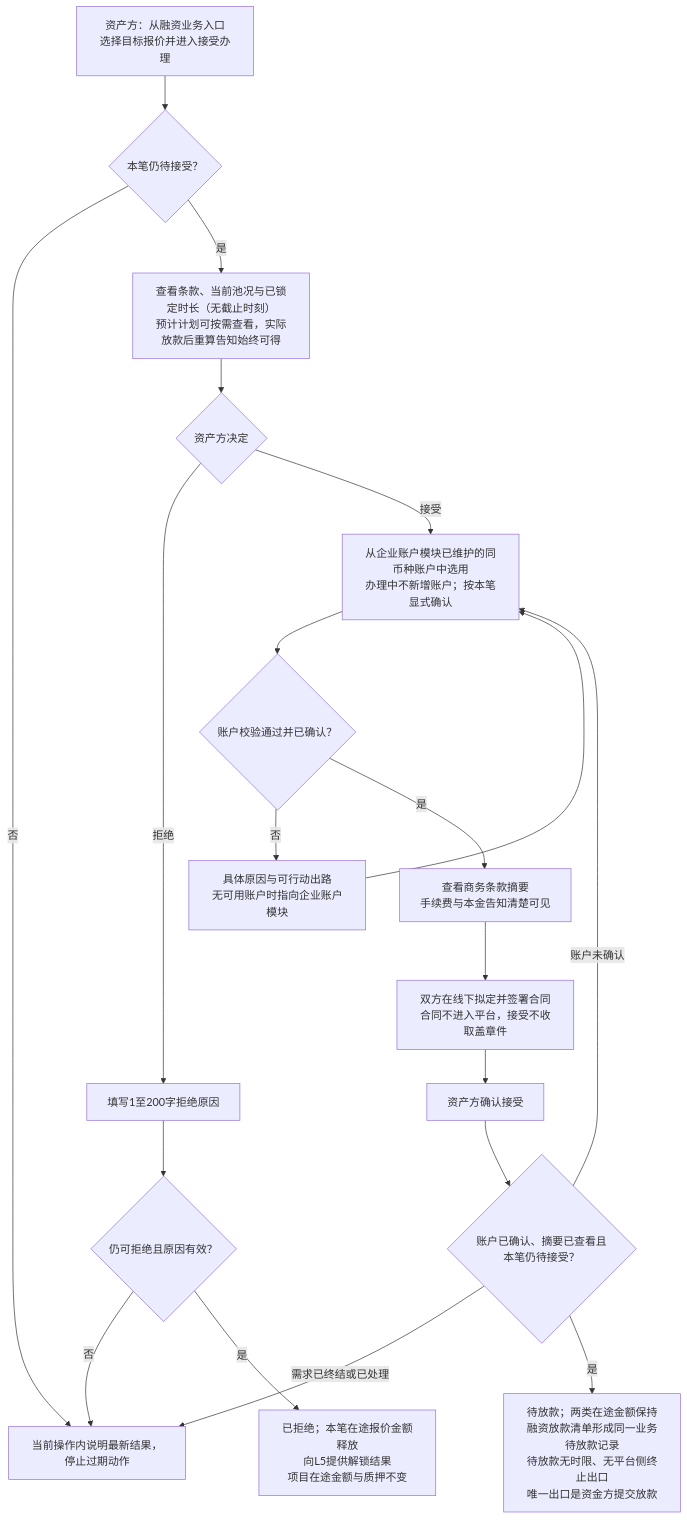
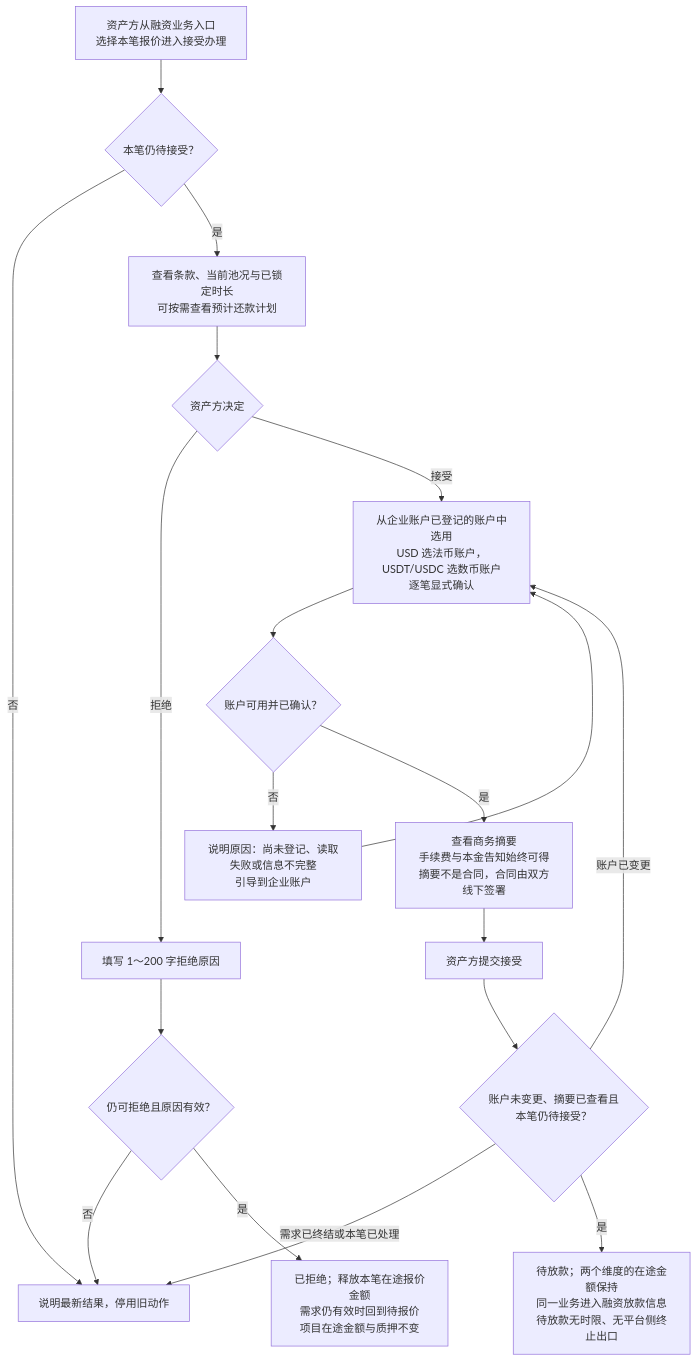
The second of 8 diagrams in lending-platform/PRD/面客端/06-借贷广场-授信报价与接受拒绝/02-授信报价与接受拒绝-流程图与状态机.md (wxblockchain/Chain-Financing), drawn with Mermaid before and after one commit. The commit also changed other lines of this file and 6 other files, not shown here.

````diff
--- a/lending-platform/PRD/面客端/06-借贷广场-授信报价与接受拒绝/02-授信报价与接受拒绝-流程图与状态机.md
+++ b/lending-platform/PRD/面客端/06-借贷广场-授信报价与接受拒绝/02-授信报价与接受拒绝-流程图与状态机.md
@@ -43,22 +50,21 @@
 ```mermaid
 flowchart TD
-  A["资产方：从融资业务入口<br/>选择目标报价并进入接受办理"] --> B{"本笔仍待接受？"}
-  B -- "否" --> X["当前操作内说明最新结果，停止过期动作"]
-  B -- "是" --> C["查看条款、当前池况与已锁定时长（无截止时刻）<br/>预计计划可按需查看，实际放款后重算告知始终可得"]
+  A["资产方从融资业务入口<br/>选择本笔报价进入接受办理"] --> B{"本笔仍待接受？"}
+  B -- "否" --> X["说明最新结果，停用旧动作"]
+  B -- "是" --> C["查看条款、当前池况与已锁定时长<br/>可按需查看预计还款计划"]
   C --> D{"资产方决定"}
-  D -- "拒绝" --> R["填写1至200字拒绝原因"]
+  D -- "拒绝" --> R["填写 1～200 字拒绝原因"]
   R --> R1{"仍可拒绝且原因有效？"}
   R1 -- "否" --> X
-  R1 -- "是" --> R2["已拒绝；本笔在途报价金额释放<br/>向L5提供解锁结果<br/>项目在途金额与质押不变"]
-  D -- "接受" --> E["从企业账户模块已维护的同币种账户中选用<br/>办理中不新增账户；按本笔显式确认"]
-  E --> F{"账户校验通过并已确认？"}
-  F -- "否" --> E1["具体原因与可行动出路<br/>无可用账户时指向企业账户模块"]
+  R1 -- "是" --> R2["已拒绝；释放本笔在途报价金额<br/>需求仍有效时回到待报价<br/>项目在途金额与质押不变"]
+  D -- "接受" --> E["从企业账户已登记的账户中选用<br/>USD 选法币账户，USDT/USDC 选数币账户<br/>逐笔显式确认"]
+  E --> F{"账户可用并已确认？"}
+  F -- "否" --> E1["说明原因：尚未登记、读取失败或信息不完整<br/>引导到企业账户"]
   E1 --> E
-  F -- "是" --> G["查看商务条款摘要<br/>手续费与本金告知清楚可见"]
-  G --> H["双方在线下拟定并签署合同<br/>合同不进入平台，接受不收取盖章件"]
-  H --> J["资产方确认接受"]
-  J --> K{"账户已确认、摘要已查看且本笔仍待接受？"}
-  K -- "需求已终结或已处理" --> X
-  K -- "账户未确认" --> E
-  K -- "是" --> L["待放款；两类在途金额保持<br/>融资放款清单形成同一业务待放款记录<br/>待放款无时限、无平台侧终止出口<br/>唯一出口是资金方提交放款"]
+  F -- "是" --> G["查看商务摘要<br/>手续费与本金告知始终可得<br/>摘要不是合同，合同由双方线下签署"]
+  G --> J["资产方提交接受"]
+  J --> K{"账户未变更、摘要已查看且本笔仍待接受？"}
+  K -- "需求已终结或本笔已处理" --> X
+  K -- "账户已变更" --> E
+  K -- "是" --> L["待放款；两个维度的在途金额保持<br/>同一业务进入融资放款信息<br/>待放款无时限、无平台侧终止出口"]
 ```
````
